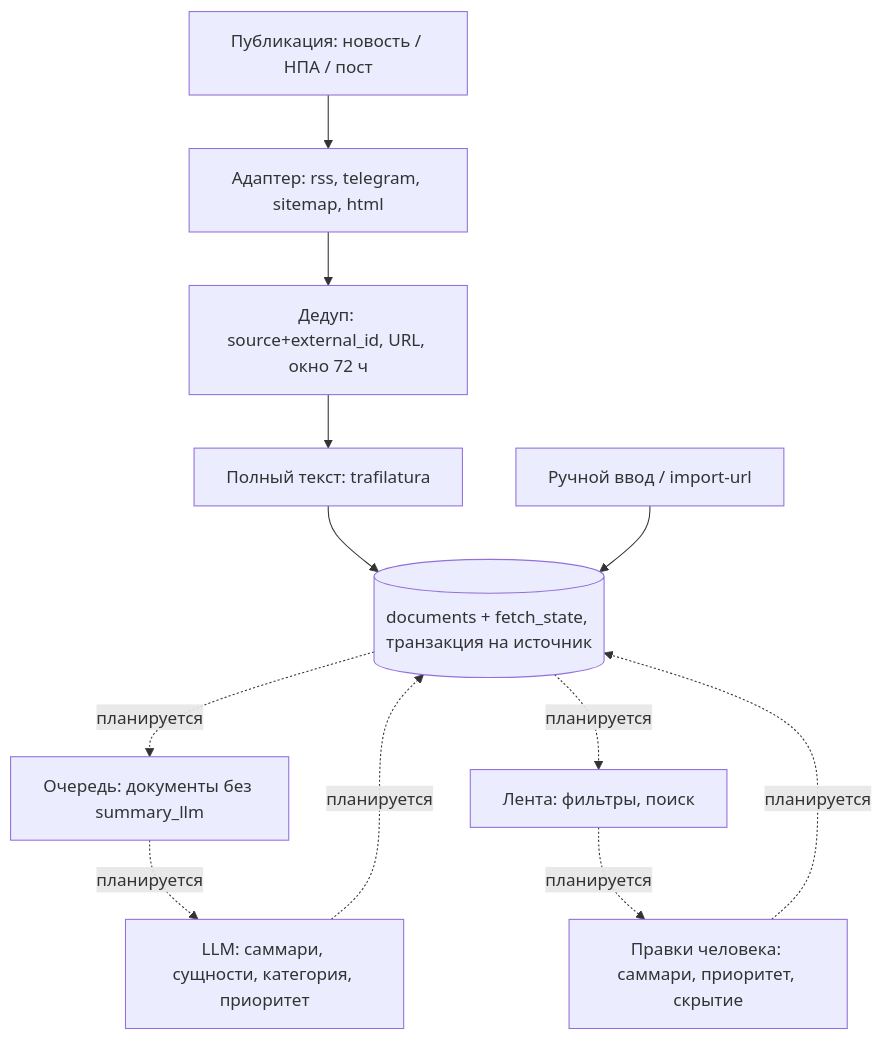
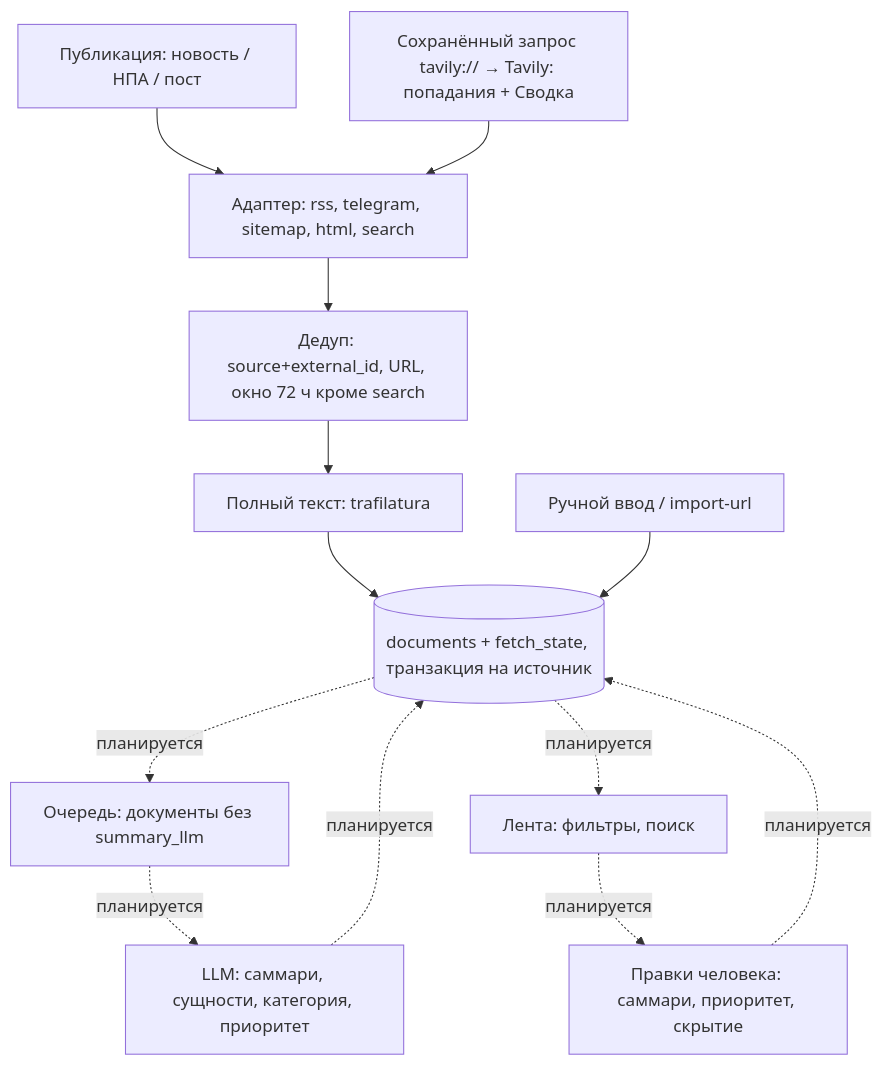
Before and after one commit to youngwow/ai-analytics-hub: the second of 2 diagrams in docs/architecture.md, drawn with Mermaid. The commit also changed other lines of this file and 24 other files, not shown here.

````diff
--- a/docs/architecture.md
+++ b/docs/architecture.md
@@ -50,14 +53,15 @@
 ```mermaid
 flowchart TD
-    S[Публикация: новость / НПА / пост] --> AD[Адаптер: rss, telegram, sitemap, html]
-    AD --> DD[Дедуп: source+external_id, URL, окно 72 ч]
+    S[Публикация: новость / НПА / пост] --> AD[Адаптер: rss, telegram, sitemap, html, search]
+    SQ[Сохранённый запрос tavily:// → Tavily: попадания + Сводка] --> AD
+    AD --> DD[Дедуп: source+external_id, URL, окно 72 ч кроме search]
     DD --> FT[Полный текст: trafilatura]
     FT --> ST[(documents + fetch_state, транзакция на источник)]
     M[Ручной ввод / import-url] --> ST
     ST -. планируется .-> Q[Очередь: документы без summary_llm]
     Q -. планируется .-> LLM[LLM: саммари, сущности, категория, приоритет]
     LLM -. планируется .-> ST
     ST -. планируется .-> FEED[Лента: фильтры, поиск]
     FEED -. планируется .-> EDIT[Правки человека: саммари, приоритет, скрытие]
     EDIT -. планируется .-> ST
 ```
````
